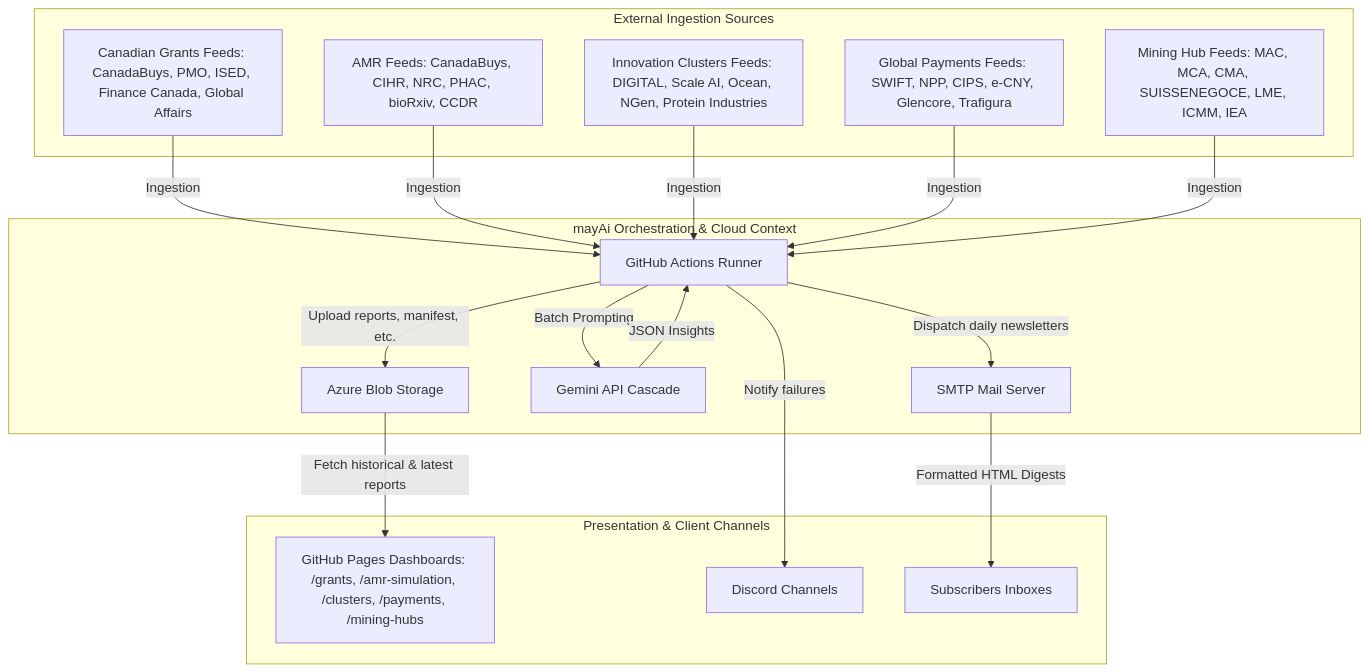
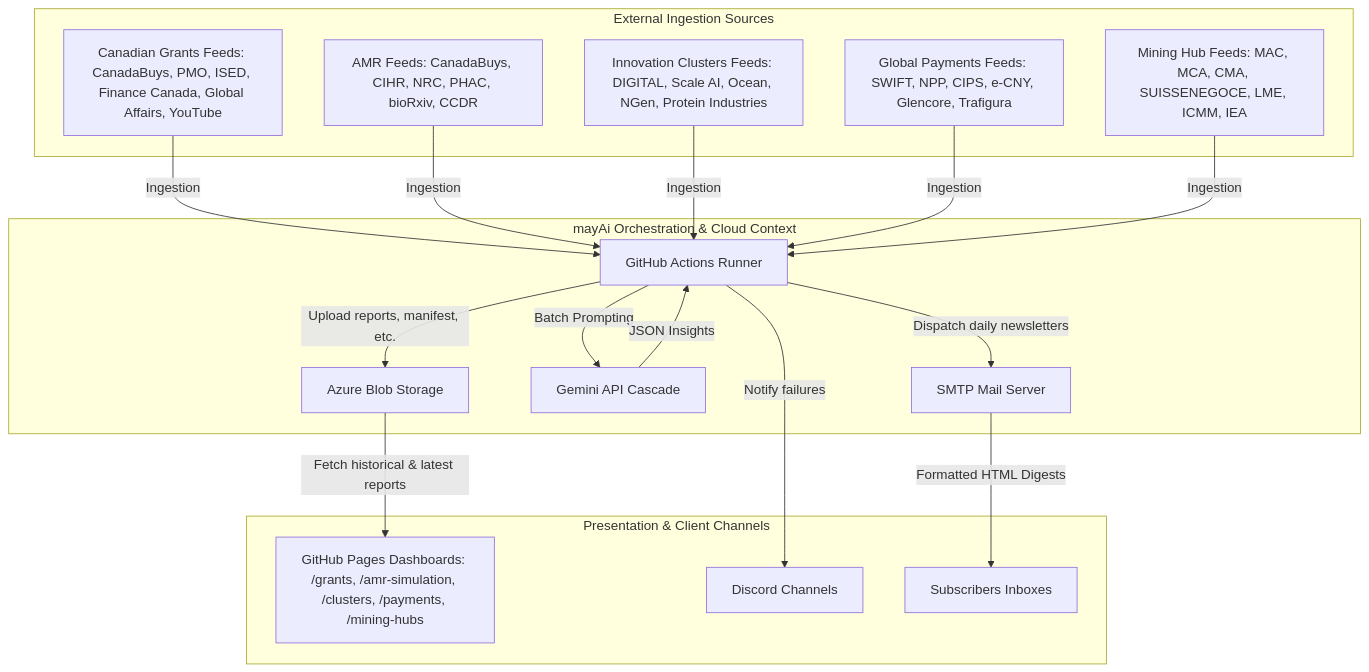
The first of 2 diagrams in docs/architecture_arc42.md (4mayAi/canadian-grant-intelligence), drawn with Mermaid before and after one commit. The commit also changed other lines of this file and 7 other files, not shown here.

Commit message:
feat: Integrate YouTube channel ingestion and video enrichment with clean formatting

````diff
--- a/docs/architecture_arc42.md
+++ b/docs/architecture_arc42.md
@@ -44,39 +44,39 @@
 ```mermaid
 graph TD
     subgraph External Ingestion Sources
-        GR[Canadian Grants Feeds: CanadaBuys, PMO, ISED, Finance Canada, Global Affairs]
+        GR[Canadian Grants Feeds: CanadaBuys, PMO, ISED, Finance Canada, Global Affairs, YouTube]
         AMR[AMR Feeds: CanadaBuys, CIHR, NRC, PHAC, bioRxiv, CCDR]
         IC[Innovation Clusters Feeds: DIGITAL, Scale AI, Ocean, NGen, Protein Industries]
         GP[Global Payments Feeds: SWIFT, NPP, CIPS, e-CNY, Glencore, Trafigura]
         MH[Mining Hub Feeds: MAC, MCA, CMA, SUISSENEGOCE, LME, ICMM, IEA]
     end
 
     subgraph mayAi Orchestration & Cloud Context
         GHA[GitHub Actions Runner]
         AB[Azure Blob Storage]
         LLM[Gemini API Cascade]
         SMTP[SMTP Mail Server]
     end
 
     subgraph Presentation & Client Channels
         GH[GitHub Pages Dashboards: /grants, /amr-simulation, /clusters, /payments, /mining-hubs]
         DIS[Discord Channels]
         USR[Subscribers Inboxes]
     end
 
     GR -->|Ingestion| GHA
     AMR -->|Ingestion| GHA
     IC -->|Ingestion| GHA
     GP -->|Ingestion| GHA
     MH -->|Ingestion| GHA
 
     GHA -->|Batch Prompting| LLM
     LLM -->|JSON Insights| GHA
 
     GHA -->|Upload reports, manifest, etc.| AB
     GHA -->|Notify failures| DIS
     GHA -->|Dispatch daily newsletters| SMTP
 
     AB -->|Fetch historical & latest reports| GH
     SMTP -->|Formatted HTML Digests| USR
 ```
````
